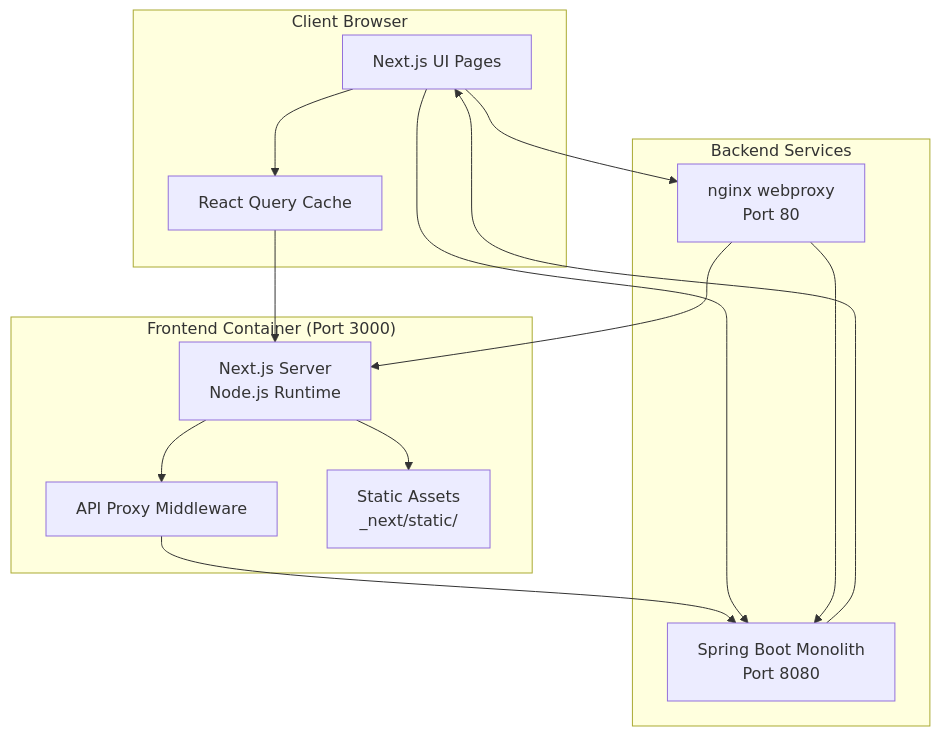
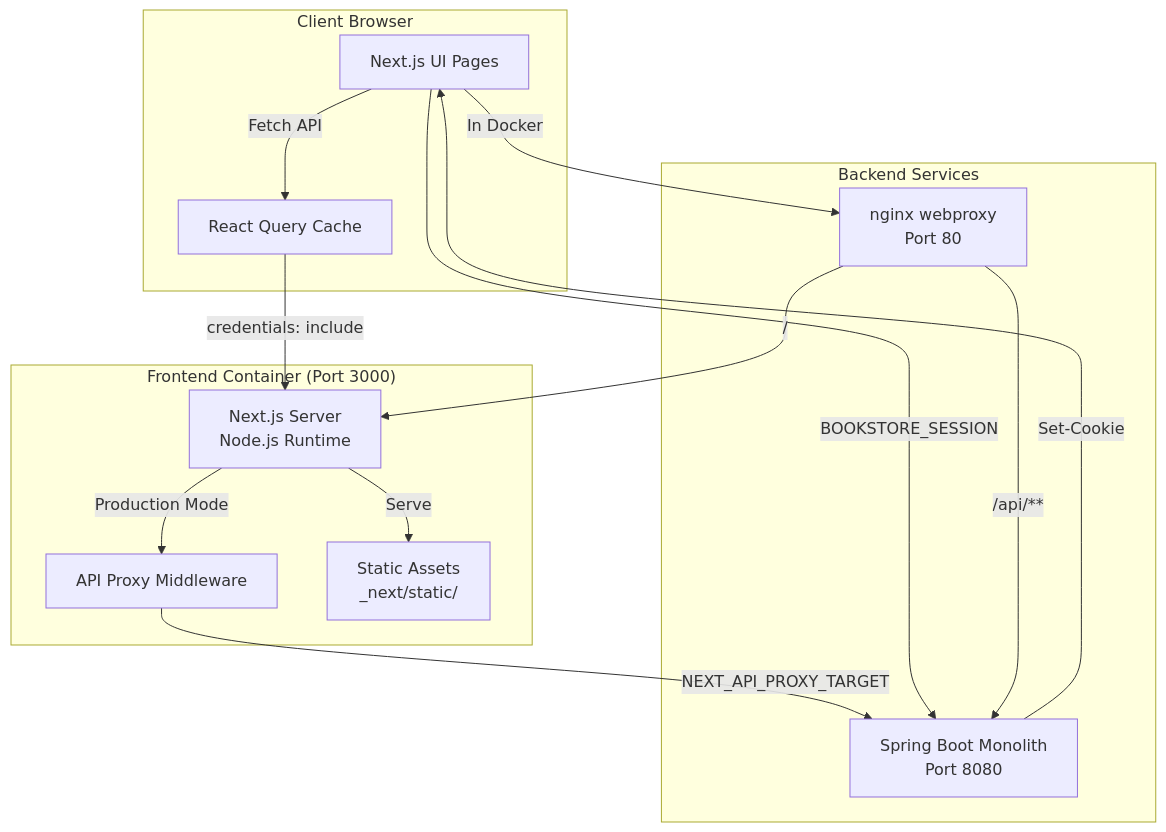
One commit to philipz/spring-modular-monolith changed the first of 6 diagrams in docs/deepwiki/Next.js-Frontend-Architecture.md. Above: the diagram before and after it, drawn with Mermaid. The commit also changed other lines of this file and 55 other files, not shown here.

````diff
--- a/docs/deepwiki/Next.js-Frontend-Architecture.md
+++ b/docs/deepwiki/Next.js-Frontend-Architecture.md
@@ -34,38 +34,38 @@
 ```mermaid
 flowchart TD
 
 UI["Next.js UI Pages"]
 ReactQuery["React Query Cache"]
 NextServer["Next.js Server<br>Node.js Runtime"]
 APIProxy["API Proxy Middleware"]
 StaticAssets["Static Assets<br>_next/static/"]
 Nginx["nginx webproxy<br>Port 80"]
 Monolith["Spring Boot Monolith<br>Port 8080"]
 
-ReactQuery --> NextServer
-APIProxy --> Monolith
-UI --> Nginx
-Nginx --> NextServer
-Monolith --> UI
-UI --> Monolith
+ReactQuery -->|"credentials: include"| NextServer
+APIProxy -->|"NEXT_API_PROXY_TARGET"| Monolith
+UI -->|"In Docker"| Nginx
+Nginx -->|"/"| NextServer
+Monolith -->|"Set-Cookie"| UI
+UI -->|"BOOKSTORE_SESSION"| Monolith
 
 subgraph subGraph2 ["Backend Services"]
     Nginx
     Monolith
-    Nginx --> Monolith
+    Nginx -->|"/api/**"| Monolith
 end
 
 subgraph subGraph1 ["Frontend Container (Port 3000)"]
     NextServer
     APIProxy
     StaticAssets
-    NextServer --> APIProxy
-    NextServer --> StaticAssets
+    NextServer -->|"Production Mode"| APIProxy
+    NextServer -->|"Serve"| StaticAssets
 end
 
 subgraph subGraph0 ["Client Browser"]
     UI
     ReactQuery
-    UI --> ReactQuery
+    UI -->|"Fetch API"| ReactQuery
 end
 ```
````
